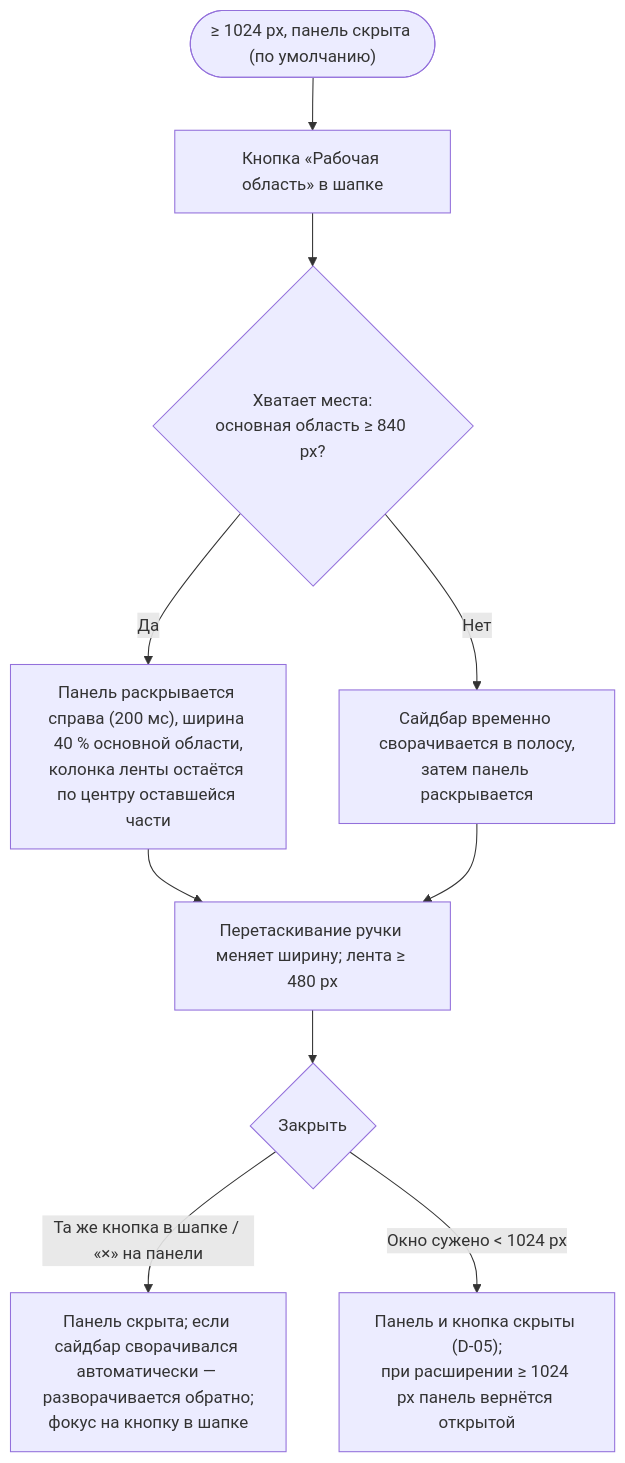
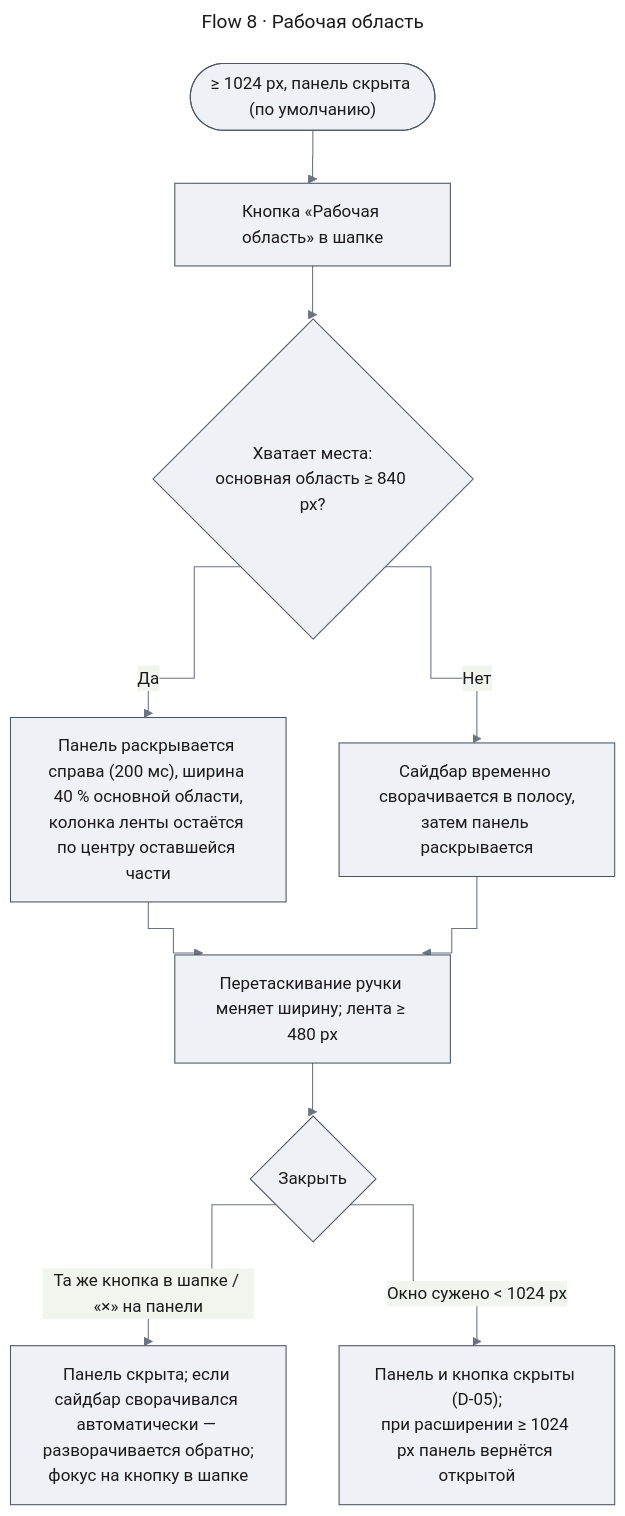
Before and after one commit to tundraray/agent-os: diagram 13 of 14 in docs/features/chat-shell/uxrd.md, drawn with Mermaid. The commit also changed other lines of this file and 10 other files, not shown here.

````diff
--- a/docs/features/chat-shell/uxrd.md
+++ b/docs/features/chat-shell/uxrd.md
@@ -301,12 +826,25 @@
 ```mermaid
+---
+title: "Flow 8 · Рабочая область"
+config:
+  theme: base
+  look: classic
+  themeVariables:
+    primaryColor: "#eef1f5"
+    primaryBorderColor: "#4b5563"
+    primaryTextColor: "#1a1a1a"
+    lineColor: "#6b7280"
+  flowchart:
+    curve: step
+---
 flowchart TD
     A(["≥ 1024 px, панель скрыта (по умолчанию)"]) --> B["Кнопка «Рабочая область» в шапке"]
     B --> C{"Хватает места:<br/>основная область ≥ 840 px?"}
     C -->|Да| D["Панель раскрывается справа (200 мс), ширина 40 % основной области,<br/>колонка ленты остаётся по центру оставшейся части"]
     C -->|Нет| E["Сайдбар временно сворачивается в полосу,<br/>затем панель раскрывается"]
     D --> F[Перетаскивание ручки меняет ширину; лента ≥ 480 px]
     E --> F
     F --> G{Закрыть}
     G -->|Та же кнопка в шапке / «×» на панели| H["Панель скрыта; если сайдбар сворачивался автоматически — разворачивается обратно;<br/>фокус на кнопку в шапке"]
     G -->|Окно сужено < 1024 px| I["Панель и кнопка скрыты (D-05);<br/>при расширении ≥ 1024 px панель вернётся открытой"]
 ```
````
